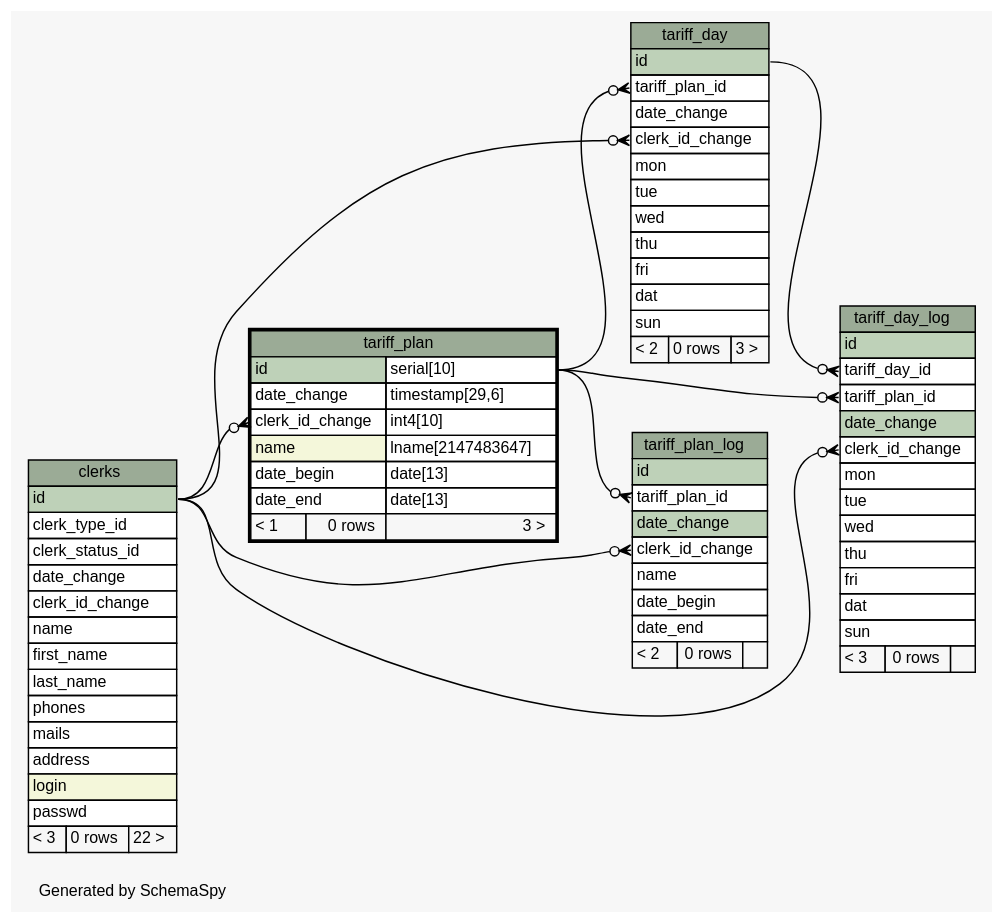
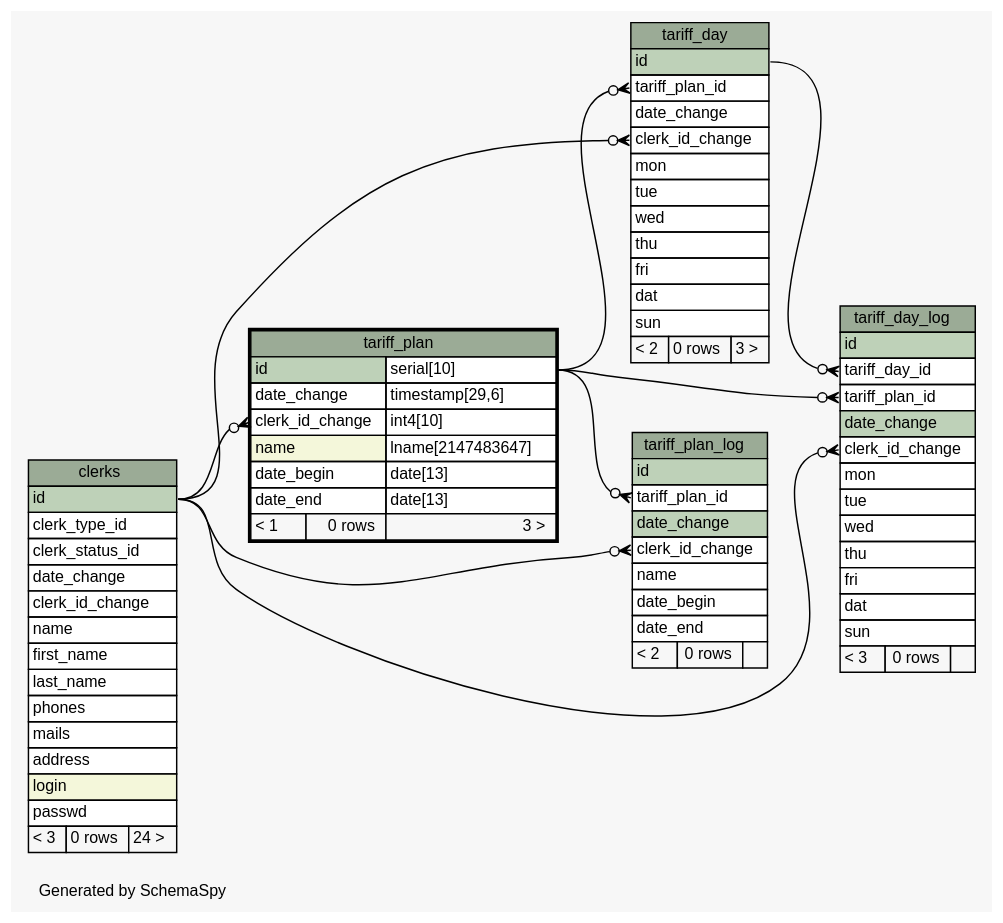
One commit to okharch/avox changed the diagram in db_schema/diagrams/tariff_plan.1degree.dot. Above: the diagram before and after it, drawn with Graphviz. The commit also changed 166 other files, not shown here.

Commit message:
spyschema-modified

```diff
--- a/db_schema/diagrams/tariff_plan.1degree.dot
+++ b/db_schema/diagrams/tariff_plan.1degree.dot
@@ -1,124 +1,124 @@
 // dot 2.26.0 on Linux 2.6.32-358.2.1.el6.x86_64
 // SchemaSpy rev 590
 digraph "oneDegreeRelationshipsDiagram" {
   graph [
     rankdir="RL"
     bgcolor="#f7f7f7"
     label="\nGenerated by SchemaSpy"
     labeljust="l"
     nodesep="0.18"
     ranksep="0.46"
     fontname="Helvetica"
     fontsize="11"
   ];
   node [
     fontname="Helvetica"
     fontsize="11"
     shape="plaintext"
   ];
   edge [
     arrowsize="0.8"
   ];
   "tariff_day":"clerk_id_change":w -> "clerks":"id":e [arrowhead=none dir=back arrowtail=crowodot];
   "tariff_day":"tariff_plan_id":w -> "tariff_plan":"id.type":e [arrowhead=none dir=back arrowtail=crowodot];
   "tariff_day_log":"clerk_id_change":w -> "clerks":"id":e [arrowhead=none dir=back arrowtail=crowodot];
   "tariff_day_log":"tariff_day_id":w -> "tariff_day":"id":e [arrowhead=none dir=back arrowtail=crowodot];
   "tariff_day_log":"tariff_plan_id":w -> "tariff_plan":"id.type":e [arrowhead=none dir=back arrowtail=crowodot];
   "tariff_plan":"clerk_id_change":w -> "clerks":"id":e [arrowhead=none dir=back arrowtail=crowodot];
   "tariff_plan_log":"clerk_id_change":w -> "clerks":"id":e [arrowhead=none dir=back arrowtail=crowodot];
   "tariff_plan_log":"tariff_plan_id":w -> "tariff_plan":"id.type":e [arrowhead=none dir=back arrowtail=crowodot];
   "clerks" [
     label=<
     <TABLE BORDER="0" CELLBORDER="1" CELLSPACING="0" BGCOLOR="#ffffff">
       <TR><TD COLSPAN="3" BGCOLOR="#9bab96" ALIGN="CENTER">clerks</TD></TR>
       <TR><TD PORT="id" COLSPAN="3" BGCOLOR="#bed1b8" ALIGN="LEFT">id</TD></TR>
       <TR><TD PORT="clerk_type_id" COLSPAN="3" ALIGN="LEFT">clerk_type_id</TD></TR>
       <TR><TD PORT="clerk_status_id" COLSPAN="3" ALIGN="LEFT">clerk_status_id</TD></TR>
       <TR><TD PORT="date_change" COLSPAN="3" ALIGN="LEFT">date_change</TD></TR>
       <TR><TD PORT="clerk_id_change" COLSPAN="3" ALIGN="LEFT">clerk_id_change</TD></TR>
       <TR><TD PORT="name" COLSPAN="3" ALIGN="LEFT">name</TD></TR>
       <TR><TD PORT="first_name" COLSPAN="3" ALIGN="LEFT">first_name</TD></TR>
       <TR><TD PORT="last_name" COLSPAN="3" ALIGN="LEFT">last_name</TD></TR>
       <TR><TD PORT="phones" COLSPAN="3" ALIGN="LEFT">phones</TD></TR>
       <TR><TD PORT="mails" COLSPAN="3" ALIGN="LEFT">mails</TD></TR>
       <TR><TD PORT="address" COLSPAN="3" ALIGN="LEFT">address</TD></TR>
       <TR><TD PORT="login" COLSPAN="3" BGCOLOR="#f4f7da" ALIGN="LEFT">login</TD></TR>
       <TR><TD PORT="passwd" COLSPAN="3" ALIGN="LEFT">passwd</TD></TR>
-      <TR><TD ALIGN="LEFT" BGCOLOR="#f7f7f7">&lt; 3</TD><TD ALIGN="RIGHT" BGCOLOR="#f7f7f7">0 rows</TD><TD ALIGN="RIGHT" BGCOLOR="#f7f7f7">22 &gt;</TD></TR>
+      <TR><TD ALIGN="LEFT" BGCOLOR="#f7f7f7">&lt; 3</TD><TD ALIGN="RIGHT" BGCOLOR="#f7f7f7">0 rows</TD><TD ALIGN="RIGHT" BGCOLOR="#f7f7f7">24 &gt;</TD></TR>
     </TABLE>>
     URL="clerks.html"
     tooltip="clerks"
   ];
   "tariff_day" [
     label=<
     <TABLE BORDER="0" CELLBORDER="1" CELLSPACING="0" BGCOLOR="#ffffff">
       <TR><TD COLSPAN="3" BGCOLOR="#9bab96" ALIGN="CENTER">tariff_day</TD></TR>
       <TR><TD PORT="id" COLSPAN="3" BGCOLOR="#bed1b8" ALIGN="LEFT">id</TD></TR>
       <TR><TD PORT="tariff_plan_id" COLSPAN="3" ALIGN="LEFT">tariff_plan_id</TD></TR>
       <TR><TD PORT="date_change" COLSPAN="3" ALIGN="LEFT">date_change</TD></TR>
       <TR><TD PORT="clerk_id_change" COLSPAN="3" ALIGN="LEFT">clerk_id_change</TD></TR>
       <TR><TD PORT="mon" COLSPAN="3" ALIGN="LEFT">mon</TD></TR>
       <TR><TD PORT="tue" COLSPAN="3" ALIGN="LEFT">tue</TD></TR>
       <TR><TD PORT="wed" COLSPAN="3" ALIGN="LEFT">wed</TD></TR>
       <TR><TD PORT="thu" COLSPAN="3" ALIGN="LEFT">thu</TD></TR>
       <TR><TD PORT="fri" COLSPAN="3" ALIGN="LEFT">fri</TD></TR>
       <TR><TD PORT="dat" COLSPAN="3" ALIGN="LEFT">dat</TD></TR>
       <TR><TD PORT="sun" COLSPAN="3" ALIGN="LEFT">sun</TD></TR>
       <TR><TD ALIGN="LEFT" BGCOLOR="#f7f7f7">&lt; 2</TD><TD ALIGN="RIGHT" BGCOLOR="#f7f7f7">0 rows</TD><TD ALIGN="RIGHT" BGCOLOR="#f7f7f7">3 &gt;</TD></TR>
     </TABLE>>
     URL="tariff_day.html"
     tooltip="tariff_day"
   ];
   "tariff_day_log" [
     label=<
     <TABLE BORDER="0" CELLBORDER="1" CELLSPACING="0" BGCOLOR="#ffffff">
       <TR><TD COLSPAN="3" BGCOLOR="#9bab96" ALIGN="CENTER">tariff_day_log</TD></TR>
       <TR><TD PORT="id" COLSPAN="3" BGCOLOR="#bed1b8" ALIGN="LEFT">id</TD></TR>
       <TR><TD PORT="tariff_day_id" COLSPAN="3" ALIGN="LEFT">tariff_day_id</TD></TR>
       <TR><TD PORT="tariff_plan_id" COLSPAN="3" ALIGN="LEFT">tariff_plan_id</TD></TR>
       <TR><TD PORT="date_change" COLSPAN="3" BGCOLOR="#bed1b8" ALIGN="LEFT">date_change</TD></TR>
       <TR><TD PORT="clerk_id_change" COLSPAN="3" ALIGN="LEFT">clerk_id_change</TD></TR>
       <TR><TD PORT="mon" COLSPAN="3" ALIGN="LEFT">mon</TD></TR>
       <TR><TD PORT="tue" COLSPAN="3" ALIGN="LEFT">tue</TD></TR>
       <TR><TD PORT="wed" COLSPAN="3" ALIGN="LEFT">wed</TD></TR>
       <TR><TD PORT="thu" COLSPAN="3" ALIGN="LEFT">thu</TD></TR>
       <TR><TD PORT="fri" COLSPAN="3" ALIGN="LEFT">fri</TD></TR>
       <TR><TD PORT="dat" COLSPAN="3" ALIGN="LEFT">dat</TD></TR>
       <TR><TD PORT="sun" COLSPAN="3" ALIGN="LEFT">sun</TD></TR>
       <TR><TD ALIGN="LEFT" BGCOLOR="#f7f7f7">&lt; 3</TD><TD ALIGN="RIGHT" BGCOLOR="#f7f7f7">0 rows</TD><TD ALIGN="RIGHT" BGCOLOR="#f7f7f7">  </TD></TR>
     </TABLE>>
     URL="tariff_day_log.html"
     tooltip="tariff_day_log"
   ];
   "tariff_plan" [
     label=<
     <TABLE BORDER="2" CELLBORDER="1" CELLSPACING="0" BGCOLOR="#ffffff">
       <TR><TD COLSPAN="3" BGCOLOR="#9bab96" ALIGN="CENTER">tariff_plan</TD></TR>
       <TR><TD PORT="id" COLSPAN="2" BGCOLOR="#bed1b8" ALIGN="LEFT">id</TD><TD PORT="id.type" ALIGN="LEFT">serial[10]</TD></TR>
       <TR><TD PORT="date_change" COLSPAN="2" ALIGN="LEFT">date_change</TD><TD PORT="date_change.type" ALIGN="LEFT">timestamp[29,6]</TD></TR>
       <TR><TD PORT="clerk_id_change" COLSPAN="2" ALIGN="LEFT">clerk_id_change</TD><TD PORT="clerk_id_change.type" ALIGN="LEFT">int4[10]</TD></TR>
       <TR><TD PORT="name" COLSPAN="2" BGCOLOR="#f4f7da" ALIGN="LEFT">name</TD><TD PORT="name.type" ALIGN="LEFT">lname[2147483647]</TD></TR>
       <TR><TD PORT="date_begin" COLSPAN="2" ALIGN="LEFT">date_begin</TD><TD PORT="date_begin.type" ALIGN="LEFT">date[13]</TD></TR>
       <TR><TD PORT="date_end" COLSPAN="2" ALIGN="LEFT">date_end</TD><TD PORT="date_end.type" ALIGN="LEFT">date[13]</TD></TR>
       <TR><TD ALIGN="LEFT" BGCOLOR="#f7f7f7">&lt; 1</TD><TD ALIGN="RIGHT" BGCOLOR="#f7f7f7">0 rows</TD><TD ALIGN="RIGHT" BGCOLOR="#f7f7f7">3 &gt;</TD></TR>
     </TABLE>>
     URL="tariff_plan.html"
     tooltip="tariff_plan"
   ];
   "tariff_plan_log" [
     label=<
     <TABLE BORDER="0" CELLBORDER="1" CELLSPACING="0" BGCOLOR="#ffffff">
       <TR><TD COLSPAN="3" BGCOLOR="#9bab96" ALIGN="CENTER">tariff_plan_log</TD></TR>
       <TR><TD PORT="id" COLSPAN="3" BGCOLOR="#bed1b8" ALIGN="LEFT">id</TD></TR>
       <TR><TD PORT="tariff_plan_id" COLSPAN="3" ALIGN="LEFT">tariff_plan_id</TD></TR>
       <TR><TD PORT="date_change" COLSPAN="3" BGCOLOR="#bed1b8" ALIGN="LEFT">date_change</TD></TR>
       <TR><TD PORT="clerk_id_change" COLSPAN="3" ALIGN="LEFT">clerk_id_change</TD></TR>
       <TR><TD PORT="name" COLSPAN="3" ALIGN="LEFT">name</TD></TR>
       <TR><TD PORT="date_begin" COLSPAN="3" ALIGN="LEFT">date_begin</TD></TR>
       <TR><TD PORT="date_end" COLSPAN="3" ALIGN="LEFT">date_end</TD></TR>
       <TR><TD ALIGN="LEFT" BGCOLOR="#f7f7f7">&lt; 2</TD><TD ALIGN="RIGHT" BGCOLOR="#f7f7f7">0 rows</TD><TD ALIGN="RIGHT" BGCOLOR="#f7f7f7">  </TD></TR>
     </TABLE>>
     URL="tariff_plan_log.html"
     tooltip="tariff_plan_log"
   ];
 }
```
